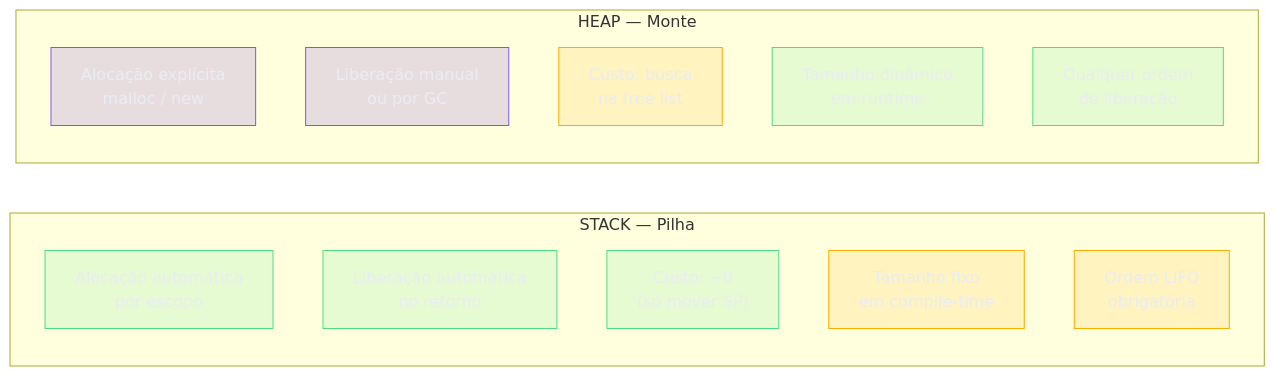
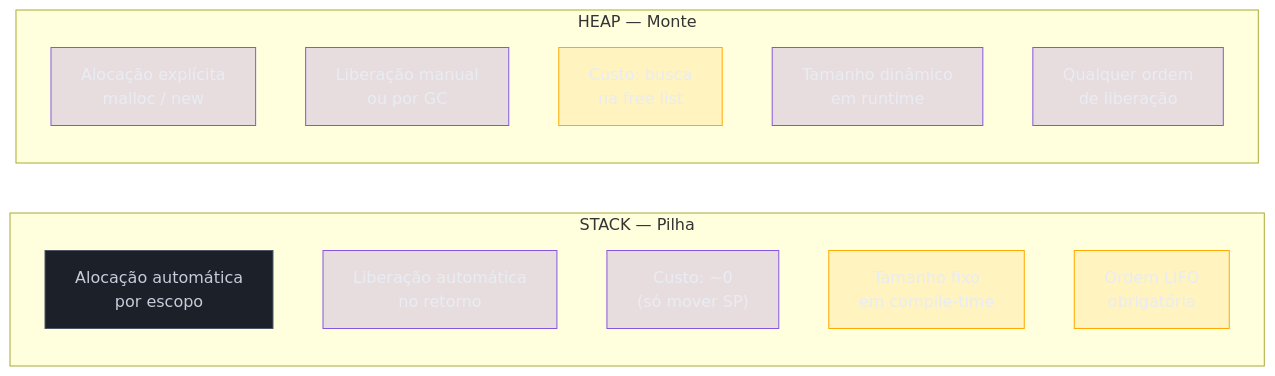
Before and after one commit to josenaldo/codex-technomanticus: the fourth of 5 diagrams in 03-Dominios/Ciência/Compiladores e Linguagens/15 - Runtime, stack frames e gestão de memória.md, drawn with Mermaid. The commit also changed other lines of this file and 601 other files, not shown here.

````diff
--- a/03-Dominios/Ciência/Compiladores e Linguagens/15 - Runtime, stack frames e gestão de memória.md
+++ b/03-Dominios/Ciência/Compiladores e Linguagens/15 - Runtime, stack frames e gestão de memória.md
@@ -294,31 +293,31 @@
 ```mermaid
 graph LR
-    classDef ok fill:#4ADE8021,stroke:#4ADE80,color:#E9ECF2
+    classDef neutro fill:#1B2029,stroke:#4E5666,color:#C6CCD8
     classDef destaque fill:#FFAA0024,stroke:#FFAA00,color:#E9ECF2
     classDef marca fill:#8855DF33,stroke:#8855DF,color:#E9ECF2
     subgraph "STACK — Pilha"
         S1["Alocação automática\npor escopo"]
         S2["Liberação automática\nno retorno"]
         S3["Custo: ~0\n(só mover SP)"]
         S4["Tamanho fixo\nem compile-time"]
         S5["Ordem LIFO\nobrigatória"]
     end
     subgraph "HEAP — Monte"
         H1["Alocação explícita\nmalloc / new"]
         H2["Liberação manual\nou por GC"]
         H3["Custo: busca\nna free list"]
         H4["Tamanho dinâmico\nem runtime"]
         H5["Qualquer ordem\nde liberação"]
     end
 
-    class S1 ok
-    class S2 ok
-    class S3 ok
+    class S1 neutro
+    class S2 marca
+    class S3 marca
     class S4 destaque
     class S5 destaque
     class H1 marca
     class H2 marca
     class H3 destaque
-    class H4 ok
-    class H5 ok
+    class H4 marca
+    class H5 marca
 ```
````
